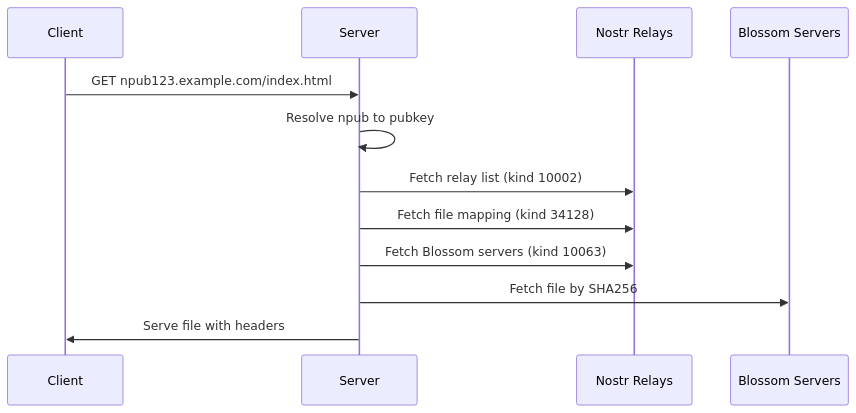
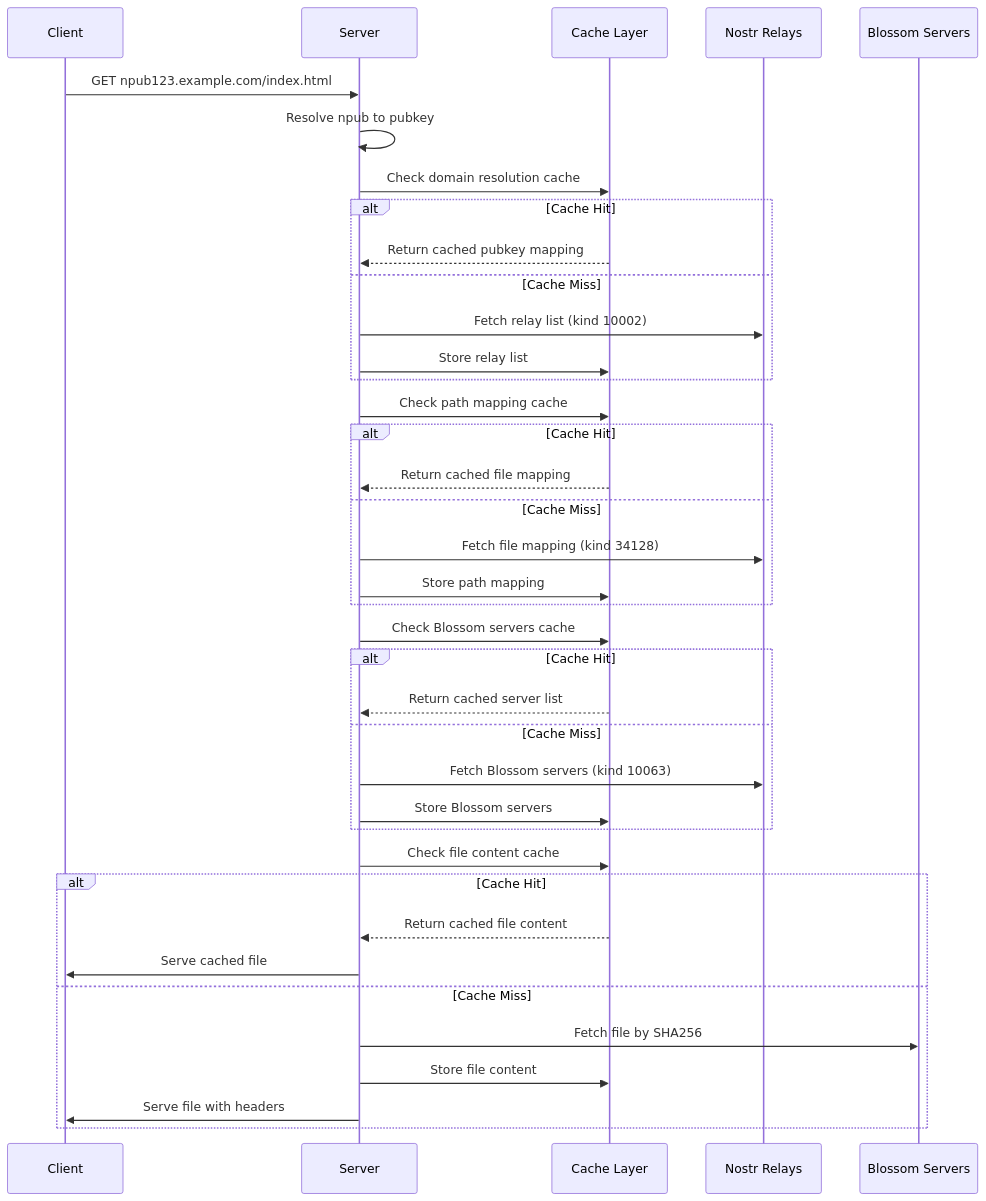
One commit to sepehr-safari/nostr-deploy-server changed the diagram in README.md. Above: the diagram before and after it, drawn with Mermaid. The commit also changed other lines of this file and 1 other file, not shown here.

````diff
--- a/README.md
+++ b/README.md
@@ -513,15 +513,45 @@
 ```mermaid
 sequenceDiagram
     participant Client
     participant Server
+    participant Cache as Cache Layer
     participant Nostr as Nostr Relays
     participant Blossom as Blossom Servers
 
     Client->>Server: GET npub123.example.com/index.html
     Server->>Server: Resolve npub to pubkey
-    Server->>Nostr: Fetch relay list (kind 10002)
-    Server->>Nostr: Fetch file mapping (kind 34128)
-    Server->>Nostr: Fetch Blossom servers (kind 10063)
-    Server->>Blossom: Fetch file by SHA256
-    Server->>Client: Serve file with headers
+
+    Server->>Cache: Check domain resolution cache
+    alt Cache Hit
+        Cache-->>Server: Return cached pubkey mapping
+    else Cache Miss
+        Server->>Nostr: Fetch relay list (kind 10002)
+        Server->>Cache: Store relay list
+    end
+
+    Server->>Cache: Check path mapping cache
+    alt Cache Hit
+        Cache-->>Server: Return cached file mapping
+    else Cache Miss
+        Server->>Nostr: Fetch file mapping (kind 34128)
+        Server->>Cache: Store path mapping
+    end
+
+    Server->>Cache: Check Blossom servers cache
+    alt Cache Hit
+        Cache-->>Server: Return cached server list
+    else Cache Miss
+        Server->>Nostr: Fetch Blossom servers (kind 10063)
+        Server->>Cache: Store Blossom servers
+    end
+
+    Server->>Cache: Check file content cache
+    alt Cache Hit
+        Cache-->>Server: Return cached file content
+        Server->>Client: Serve cached file
+    else Cache Miss
+        Server->>Blossom: Fetch file by SHA256
+        Server->>Cache: Store file content
+        Server->>Client: Serve file with headers
+    end
 ```
````
